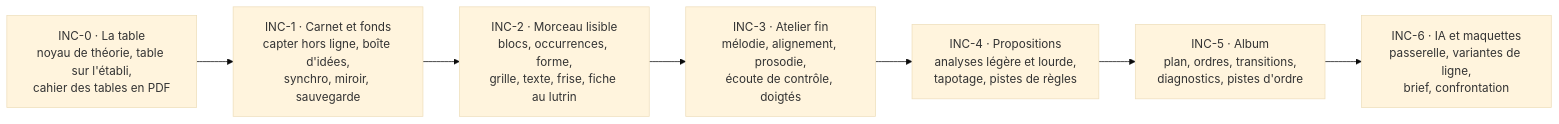
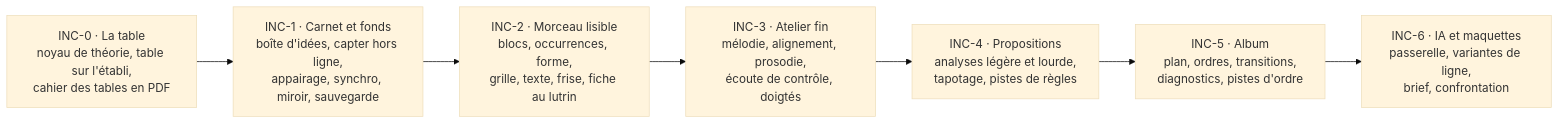
One commit to EdouardZemb/pupitre changed diagram 12 of 13 in docs/40-architecture.md. Above: the diagram before and after it, drawn with Mermaid (base theme). The commit also changed other lines of this file and 24 other files, not shown here.

````diff
--- a/docs/40-architecture.md
+++ b/docs/40-architecture.md
@@ -488,11 +604,11 @@
 ```mermaid
 flowchart LR
   INC0["INC-0 · La table<br/>noyau de théorie, table sur l'établi,<br/>cahier des tables en PDF"]
-  INC1["INC-1 · Carnet et fonds<br/>capter hors ligne, boîte d'idées,<br/>synchro, miroir, sauvegarde"]
+  INC1["INC-1 · Carnet et fonds<br/>boîte d'idées, capter hors ligne,<br/>appairage, synchro, miroir, sauvegarde"]
   INC2["INC-2 · Morceau lisible<br/>blocs, occurrences, forme,<br/>grille, texte, frise, fiche au lutrin"]
   INC3["INC-3 · Atelier fin<br/>mélodie, alignement, prosodie,<br/>écoute de contrôle, doigtés"]
   INC4["INC-4 · Propositions<br/>analyses légère et lourde,<br/>tapotage, pistes de règles"]
   INC5["INC-5 · Album<br/>plan, ordres, transitions,<br/>diagnostics, pistes d'ordre"]
   INC6["INC-6 · IA et maquettes<br/>passerelle, variantes de ligne,<br/>brief, confrontation"]
   INC0 --> INC1 --> INC2 --> INC3 --> INC4 --> INC5 --> INC6
 ```
````
